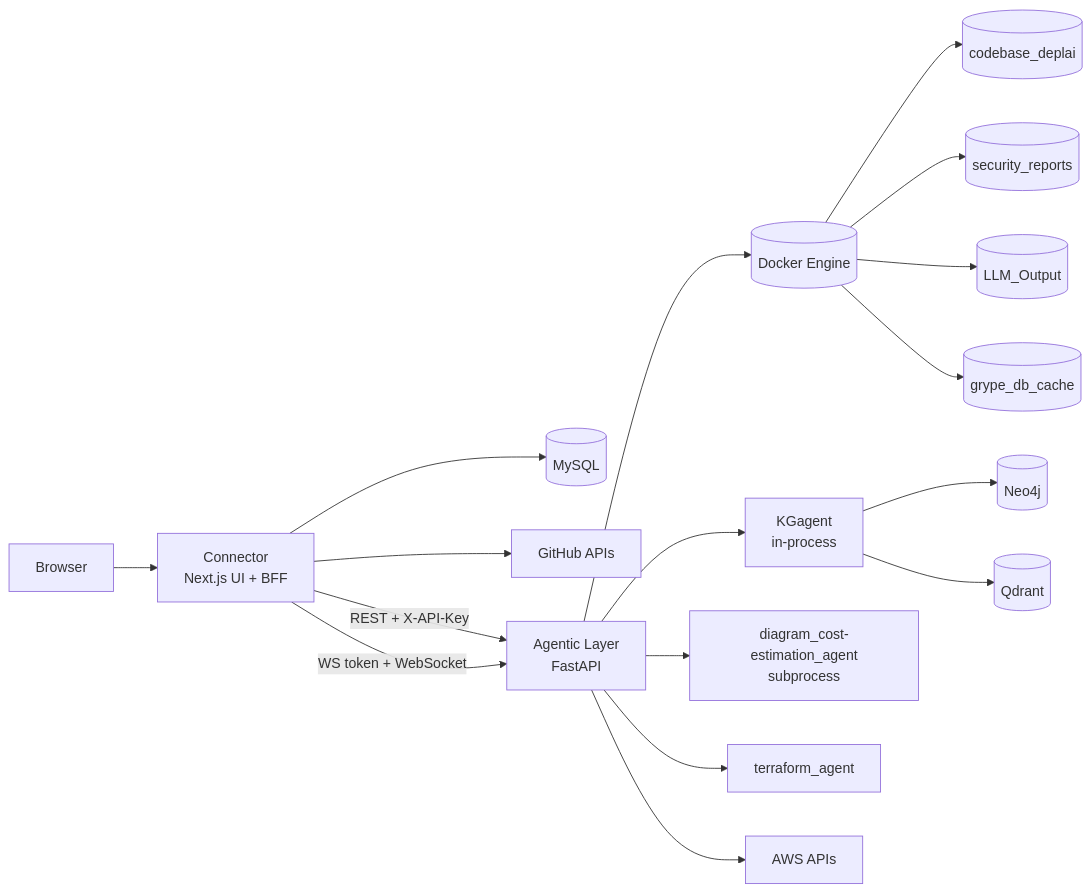
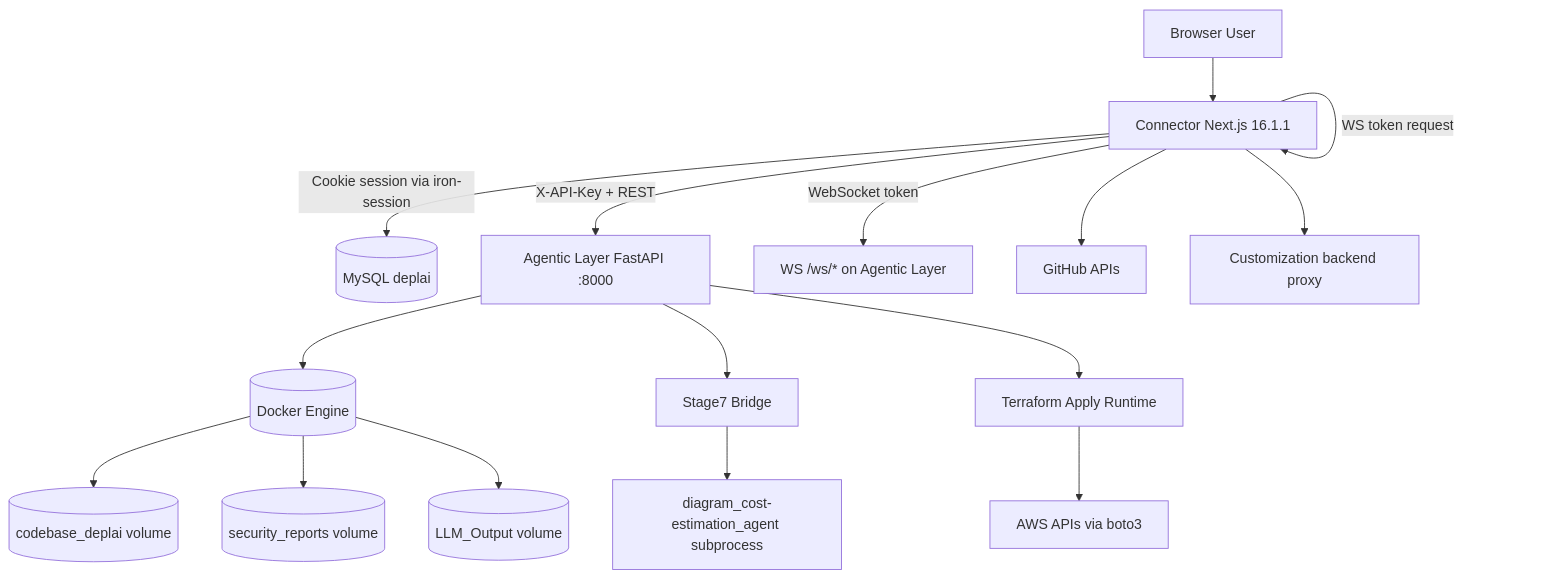
The diagram in README.md (adityajayashankar/Deplai), drawn with Mermaid before and after one commit. The commit also changed other lines of this file and 13 other files, not shown here.

````diff
--- a/README.md
+++ b/README.md
@@ -138,22 +46,21 @@
 ```mermaid
-flowchart LR
-    User[Browser] --> Connector[Connector<br/>Next.js UI + BFF]
-    Connector --> MySQL[(MySQL)]
-    Connector --> GitHub[GitHub APIs]
-    Connector -->|REST + X-API-Key| Agentic[Agentic Layer<br/>FastAPI]
-    Connector -->|WS token + WebSocket| Agentic
+graph TD
+  U[Browser User] --> C[Connector Next.js 16.1.1]
+  C -->|Cookie session via iron-session| DB[(MySQL deplai)]
+  C -->|X-API-Key + REST| A[Agentic Layer FastAPI :8000]
+  C -->|WS token request| C
+  C -->|WebSocket token| AWS[WS /ws/* on Agentic Layer]
 
-    Agentic --> Docker[(Docker Engine)]
-    Docker --> Codebase[(codebase_deplai)]
-    Docker --> Reports[(security_reports)]
-    Docker --> Output[(LLM_Output)]
-    Docker --> Grype[(grype_db_cache)]
+  A --> D[(Docker Engine)]
+  D --> V1[(codebase_deplai volume)]
+  D --> V2[(security_reports volume)]
+  D --> V3[(LLM_Output volume)]
 
-    Agentic --> KGagent[KGagent<br/>in-process]
-    KGagent --> Neo4j[(Neo4j)]
-    KGagent --> Qdrant[(Qdrant)]
+  A --> S7[Stage7 Bridge]
+  S7 --> DC[diagram_cost-estimation_agent subprocess]
+  A --> TF[Terraform Apply Runtime]
+  TF --> AWSAPI[AWS APIs via boto3]
 
-    Agentic --> Stage7[diagram_cost-estimation_agent<br/>subprocess]
-    Agentic --> Terraform[terraform_agent]
-    Agentic --> AWS[AWS APIs]
+  C --> GH[GitHub APIs]
+  C --> CUST[Customization backend proxy]
 ```
````
